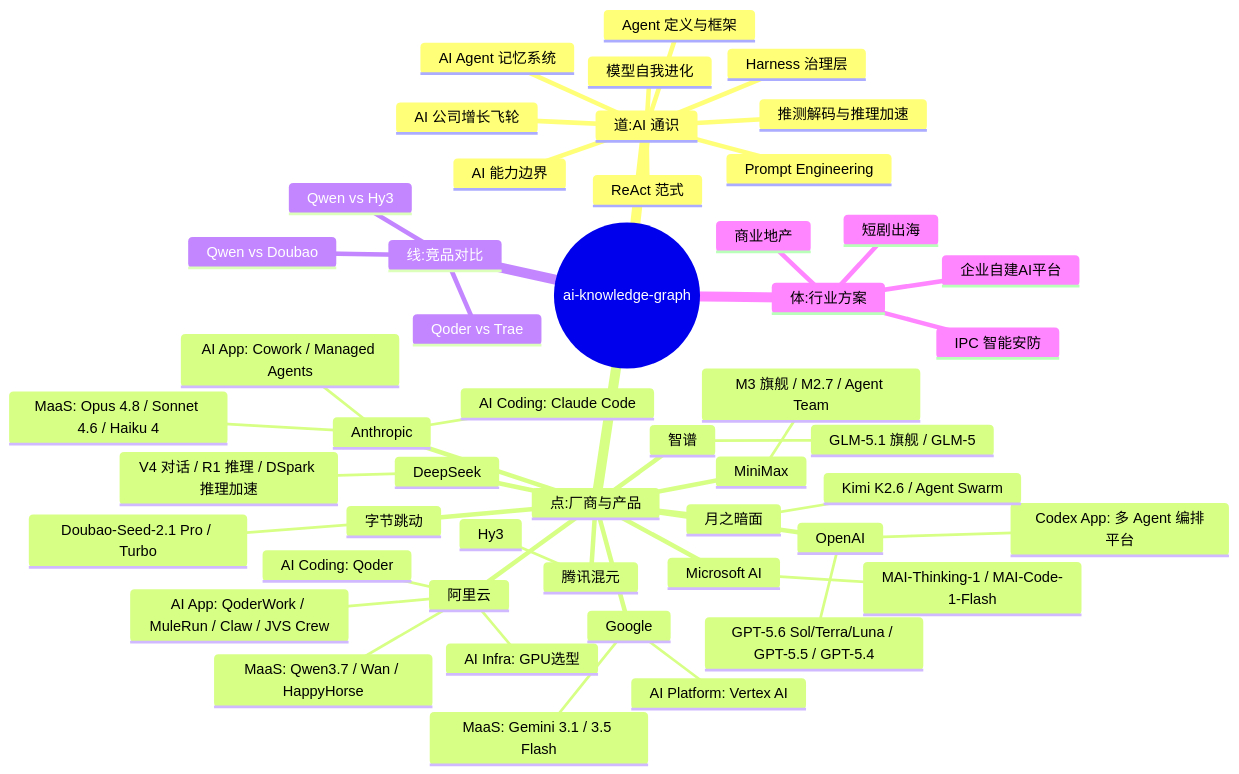
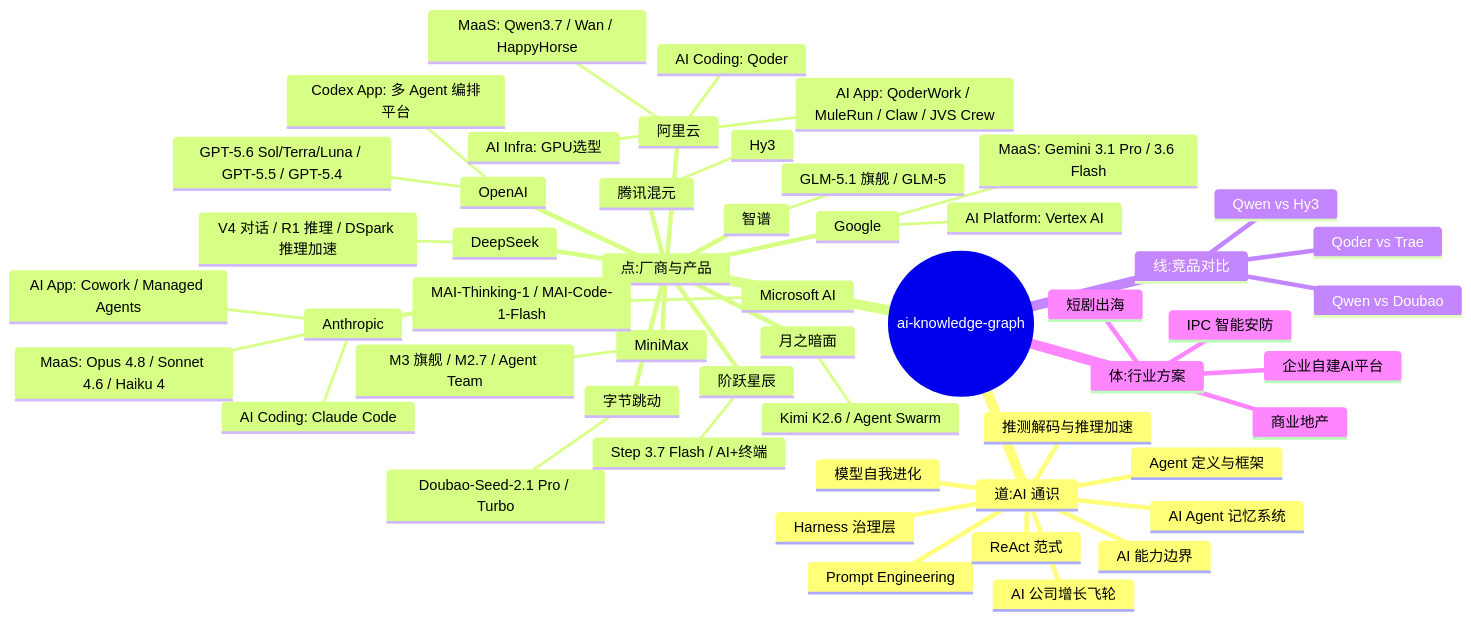
One commit to EthanNiWorld/ai-playbook-2026 changed the first of 2 diagrams in README.md. Above: the diagram before and after it, drawn with Mermaid. The commit also changed other lines of this file and 5 other files, not shown here.

Commit message:
add stepfun and update gemini3.6 flash

````diff
--- a/README.md
+++ b/README.md
@@ -141,53 +141,55 @@
 ```mermaid
 mindmap
   root((ai-knowledge-graph))
     道:AI 通识
       Agent 定义与框架
       Harness 治理层
       Prompt Engineering
       AI 能力边界
       模型自我进化
       AI Agent 记忆系统
       ReAct 范式
       AI 公司增长飞轮
       推测解码与推理加速
     点:厂商与产品
       阿里云
         MaaS: Qwen3.7 / Wan / HappyHorse
         AI Coding: Qoder
         AI App: QoderWork / MuleRun / Claw / JVS Crew
         AI Infra: GPU选型
       Google
-        MaaS: Gemini 3.1 / 3.5 Flash
+        MaaS: Gemini 3.1 Pro / 3.6 Flash
         AI Platform: Vertex AI
       Anthropic
         MaaS: Opus 4.8 / Sonnet 4.6 / Haiku 4
         AI Coding: Claude Code
         AI App: Cowork / Managed Agents
       MiniMax
         M3 旗舰 / M2.7 / Agent Team
       DeepSeek
         V4 对话 / R1 推理 / DSpark 推理加速
       OpenAI
         GPT-5.6 Sol/Terra/Luna / GPT-5.5 / GPT-5.4
         Codex App: 多 Agent 编排平台
       Microsoft AI
         MAI-Thinking-1 / MAI-Code-1-Flash
       智谱
         GLM-5.1 旗舰 / GLM-5
       月之暗面
         Kimi K2.6 / Agent Swarm
       字节跳动
         Doubao-Seed-2.1 Pro / Turbo
       腾讯混元
         Hy3
+      阶跃星辰
+        Step 3.7 Flash / AI+终端
     线:竞品对比
       Qoder vs Trae
       Qwen vs Hy3
       Qwen vs Doubao
     体:行业方案
       IPC 智能安防
       短剧出海
       商业地产
       企业自建AI平台
 ```
````
